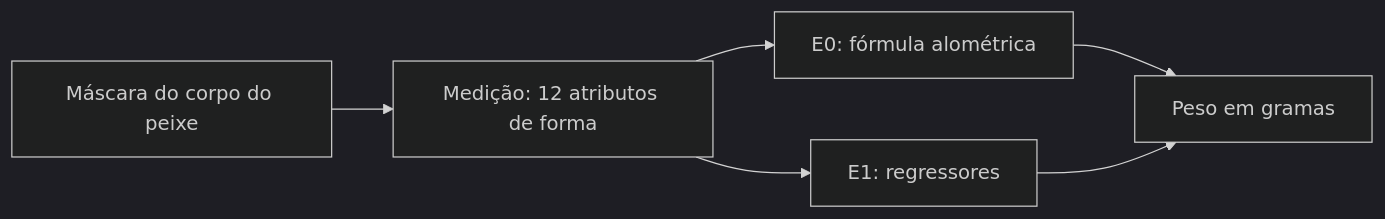
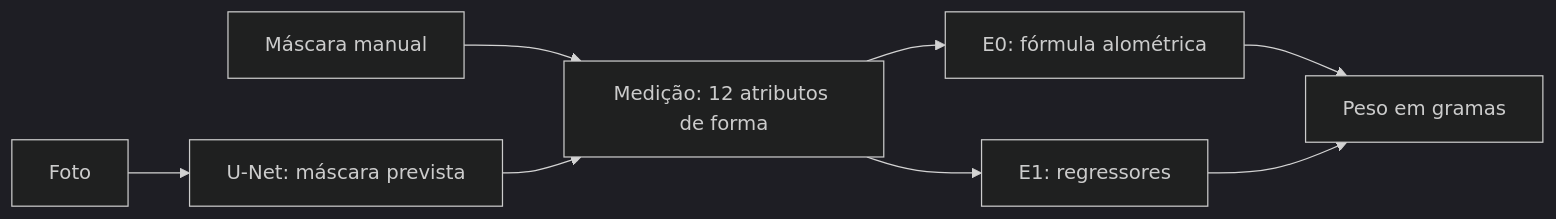
One commit to mpgxc/estimate_body_fish_weight changed the diagram in docs/experiments/tecnicas.md. Above: the diagram before and after it, drawn with Mermaid (dark theme). The commit also changed other lines of this file and 9 other files, not shown here.

````diff
--- a/docs/experiments/tecnicas.md
+++ b/docs/experiments/tecnicas.md
@@ -9,8 +24,10 @@
 ```mermaid
 flowchart LR
-  A[Máscara do corpo do peixe] --> B[Medição: 12 atributos de forma]
+  F[Foto] --> S[U-Net: máscara prevista]
+  M[Máscara manual] --> B[Medição: 12 atributos de forma]
+  S --> B
   B --> C1[E0: fórmula alométrica]
   B --> C2[E1: regressores]
   C1 --> D[Peso em gramas]
   C2 --> D
 ```
````
